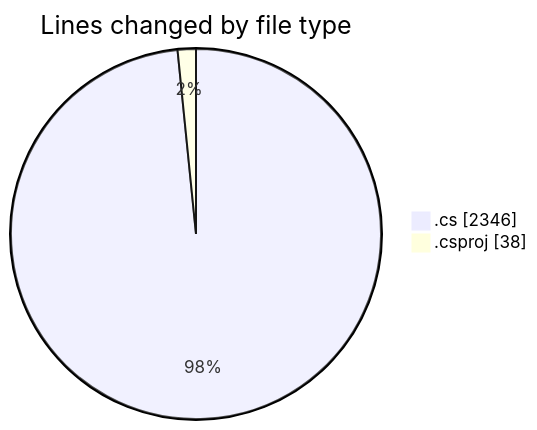
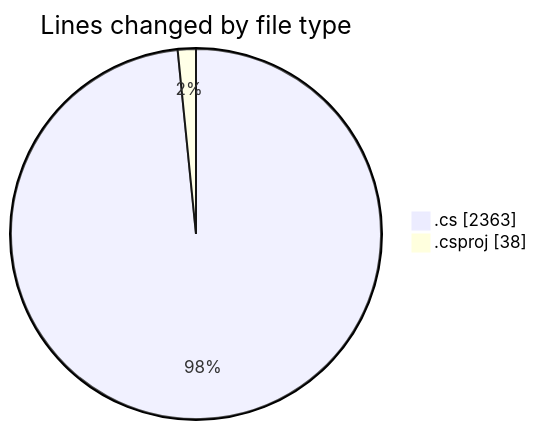
One commit to Netris89/code-tracking changed the first of 2 diagrams in 2025-04-02/back-end/README.md. Above: the diagram before and after it, drawn with Mermaid. The commit also changed other lines of this file and 1 other file, not shown here.

````diff
--- a/2025-04-02/back-end/README.md
+++ b/2025-04-02/back-end/README.md
@@ -31,6 +31,6 @@
 ```mermaid
 pie showData
 title Lines changed by file type
-".cs" : 2346
+".cs" : 2363
 ".csproj" : 38
 ```
````
